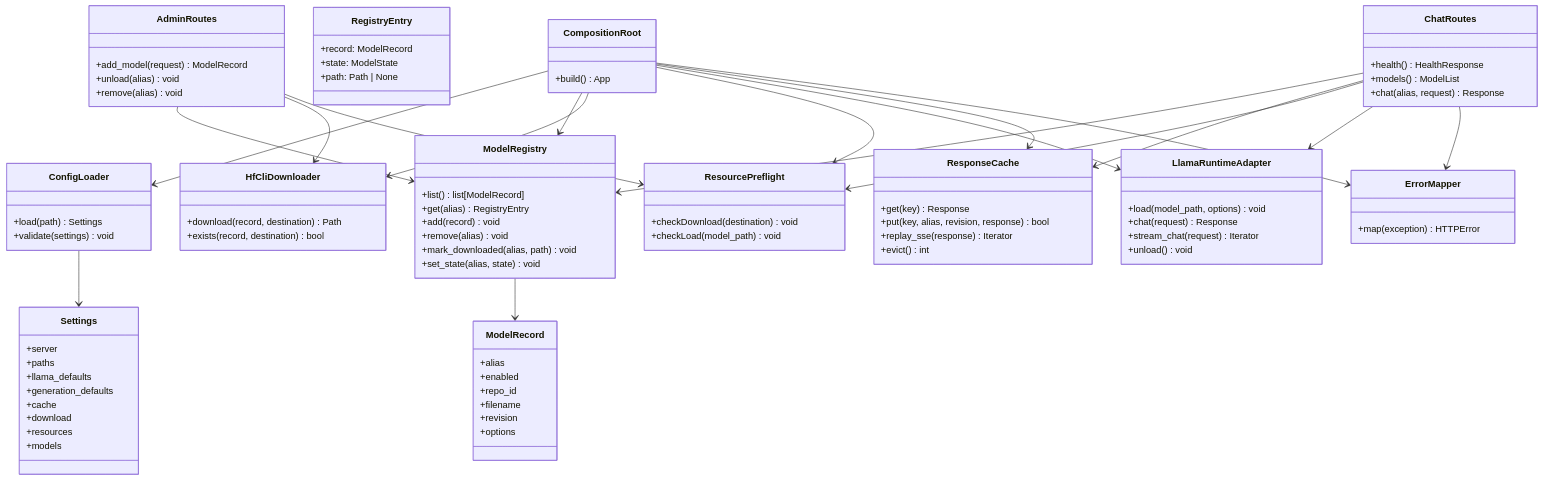
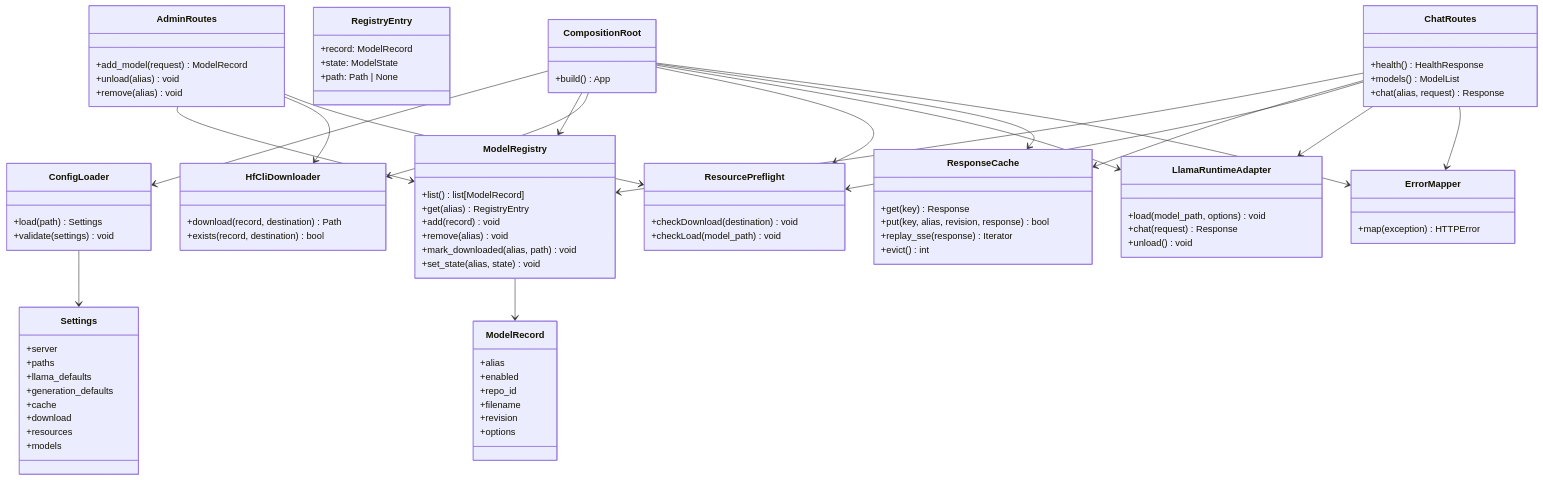
The second of 6 diagrams in docs/architecture.md (kkhatr2/local-llm), drawn with Mermaid before and after one commit. The commit also changed other lines of this file and 11 other files, not shown here.

```diff
--- a/docs/architecture.md
+++ b/docs/architecture.md
@@ -149,7 +149,6 @@
     class LlamaRuntimeAdapter {
         +load(model_path, options) void
         +chat(request) Response
-        +stream_chat(request) Iterator
         +unload() void
     }
 
```
